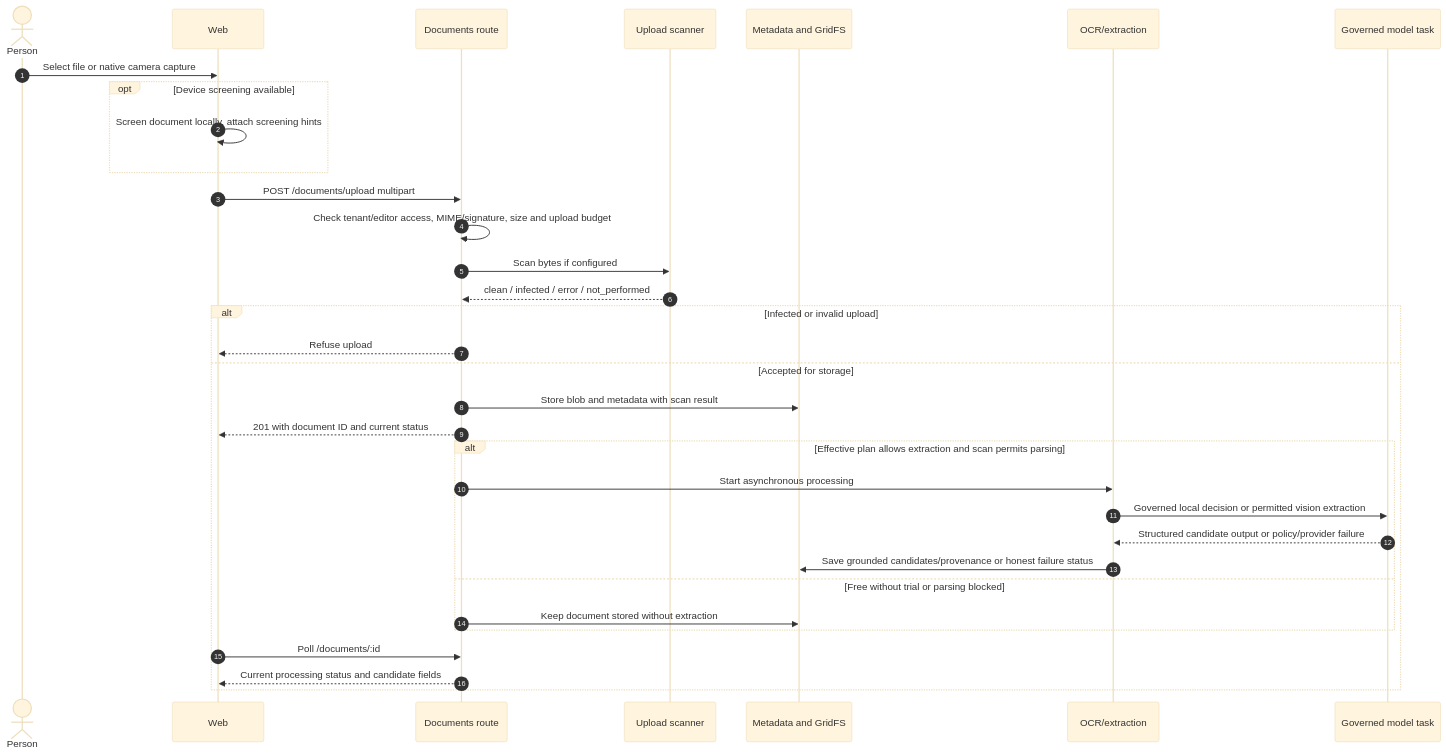
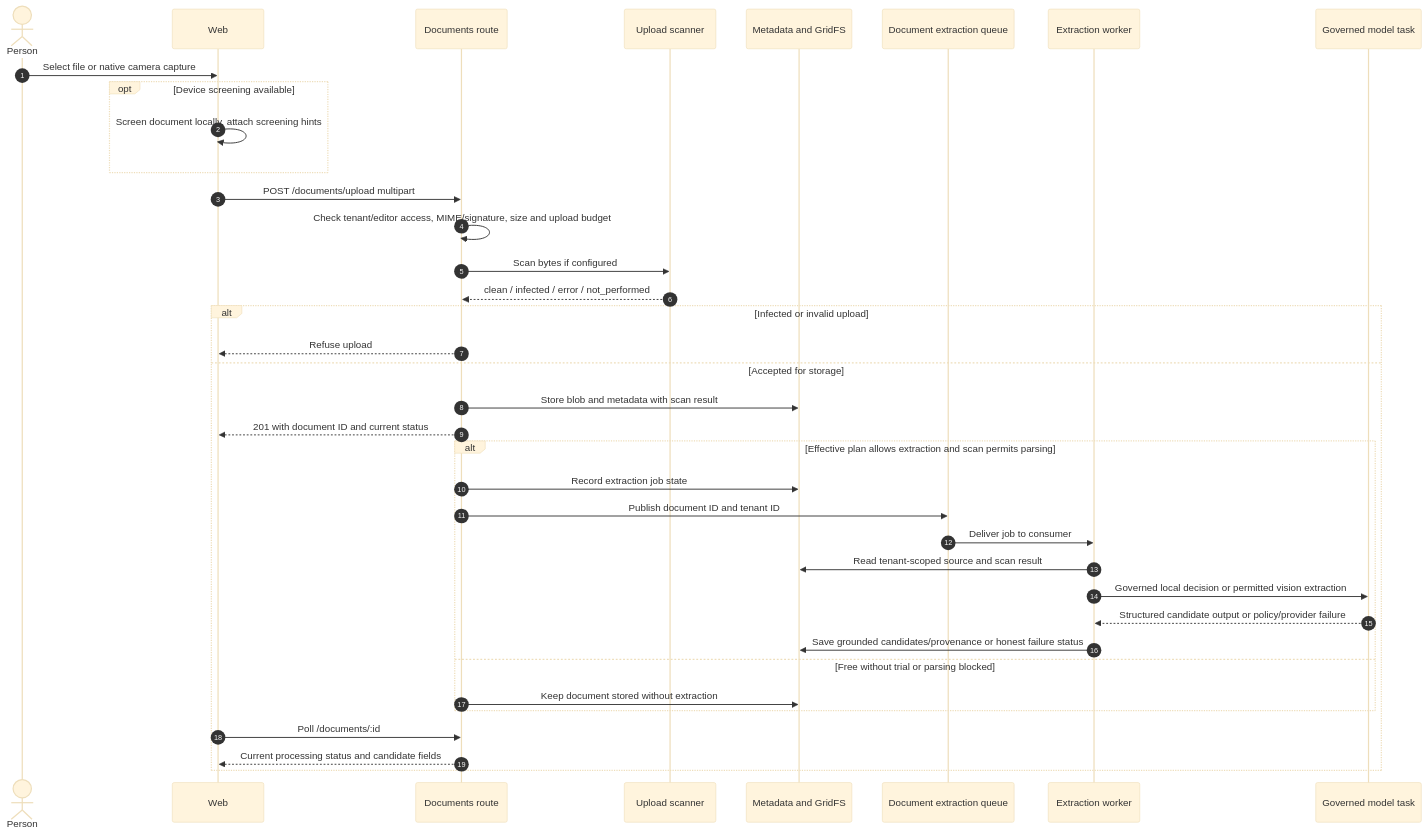
One commit to balureddy003/LifeKeel changed diagram 11 of 33 in STARTER.md. Above: the diagram before and after it, drawn with Mermaid (base theme). The commit also changed other lines of this file and 1 other file, not shown here.

````diff
--- a/STARTER.md
+++ b/STARTER.md
@@ -1004,35 +1045,39 @@
 ```mermaid
 sequenceDiagram
   autonumber
   actor Person
   participant Web
   participant API as Documents route
   participant Scan as Upload scanner
   participant DB as Metadata and GridFS
-  participant Extract as OCR/extraction
+  participant Queue as Document extraction queue
+  participant Extract as Extraction worker
   participant Gateway as Governed model task
   Person->>Web: Select file or native camera capture
   opt Device screening available
     Web->>Web: Screen document locally, attach screening hints
   end
   Web->>API: POST /documents/upload multipart
   API->>API: Check tenant/editor access, MIME/signature, size and upload budget
   API->>Scan: Scan bytes if configured
   Scan-->>API: clean / infected / error / not_performed
   alt Infected or invalid upload
     API-->>Web: Refuse upload
   else Accepted for storage
     API->>DB: Store blob and metadata with scan result
     API-->>Web: 201 with document ID and current status
     alt Effective plan allows extraction and scan permits parsing
-      API->>Extract: Start asynchronous processing
+      API->>DB: Record extraction job state
+      API->>Queue: Publish document ID and tenant ID
+      Queue->>Extract: Deliver job to consumer
+      Extract->>DB: Read tenant-scoped source and scan result
       Extract->>Gateway: Governed local decision or permitted vision extraction
       Gateway-->>Extract: Structured candidate output or policy/provider failure
       Extract->>DB: Save grounded candidates/provenance or honest failure status
     else Free without trial or parsing blocked
       API->>DB: Keep document stored without extraction
     end
     Web->>API: Poll /documents/:id
     API-->>Web: Current processing status and candidate fields
   end
 ```
````
